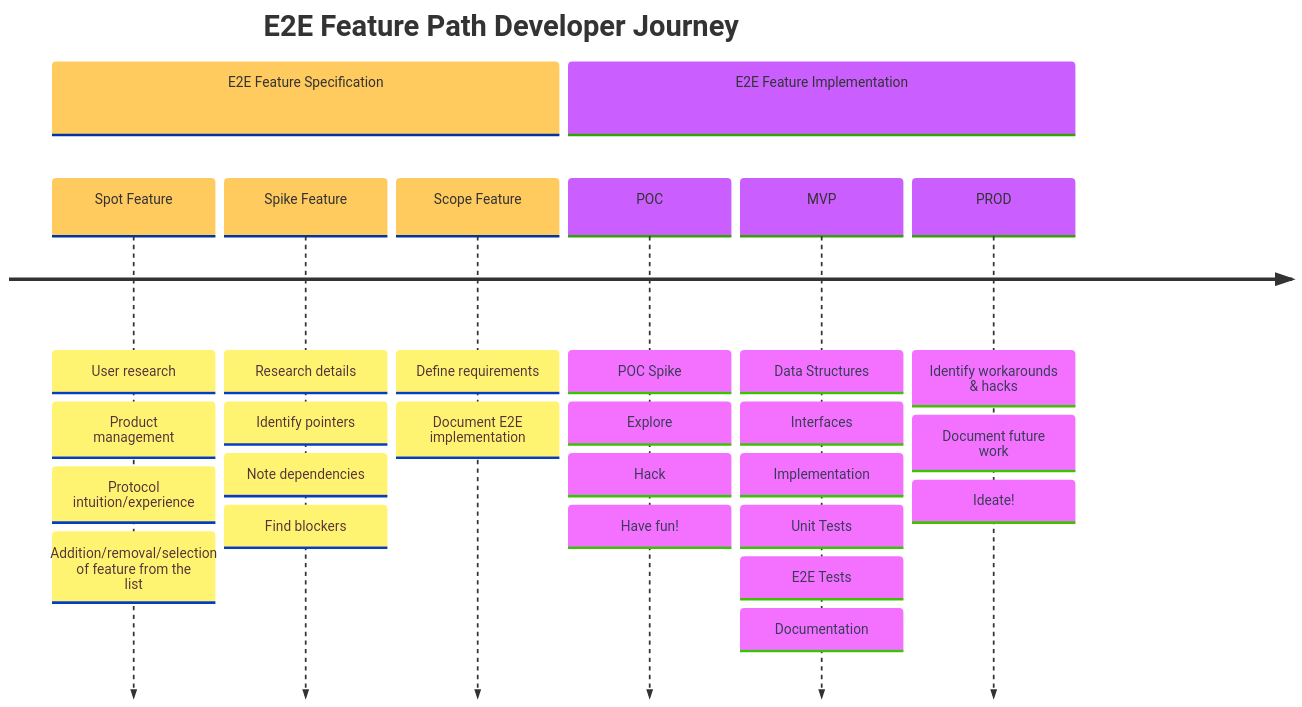
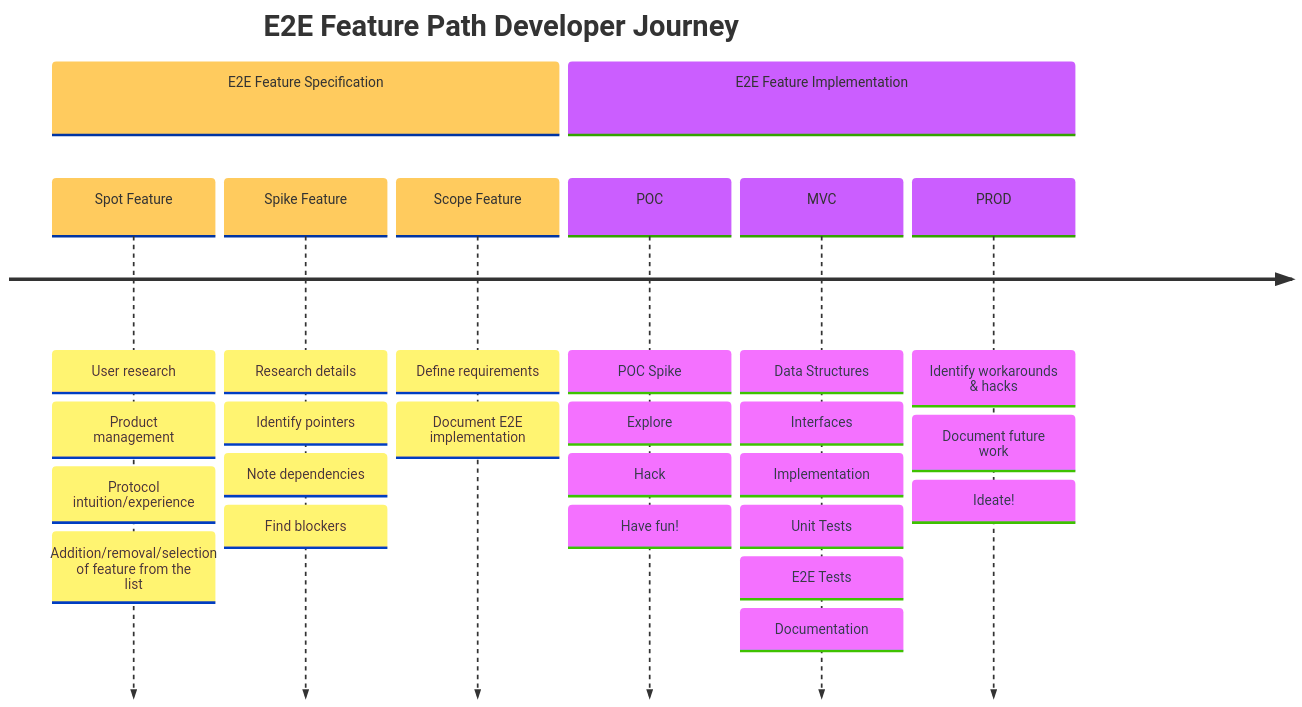
The diagram in utility/doc/E2E_FEATURE_PATH_TEMPLATE.md (pokt-network/pocket), drawn with Mermaid before and after one commit. The commit also changed other lines of this file, not shown here.

Commit message:
s/MVP/MVC

````diff
--- a/utility/doc/E2E_FEATURE_PATH_TEMPLATE.md
+++ b/utility/doc/E2E_FEATURE_PATH_TEMPLATE.md
@@ -26,38 +26,38 @@
 ```mermaid
 %%{init: { 'logLevel': 'debug', 'theme': 'base' } }%%
   timeline
     title E2E Feature Path Developer Journey
 
     section E2E Feature Specification
       Spot Feature:
         User research:
         Product management:
         Protocol intuition/experience:
         Addition/removal/selection of feature from the list
       Spike Feature:
         Research details:
         Identify pointers:
         Note dependencies:
         Find blockers
       Scope Feature:
         Define requirements:
         Document E2E implementation
 
     section E2E Feature Implementation
         POC:
           POC Spike:
           Explore:
           Hack:
           Have fun!
-        MVP:
+        MVC:
           Data Structures:
           Interfaces:
           Implementation:
           Unit Tests:
           E2E Tests:
           Documentation
         PROD:
           Identify workarounds & hacks:
           Document future work:
           Ideate!
 ```
````
